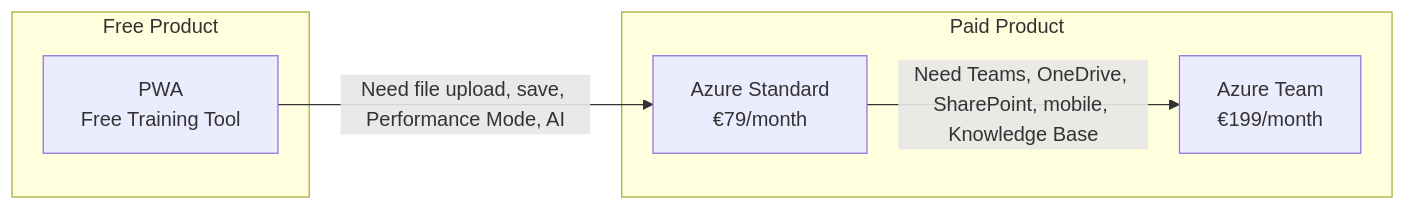
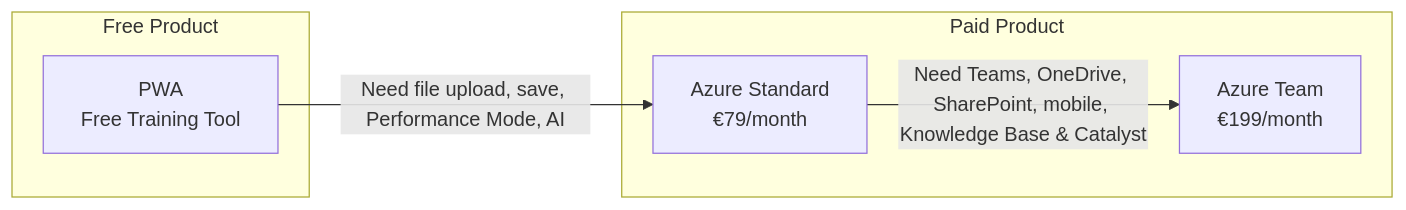
The diagram in docs/08-products/index.md (jukka-matti/variscout), drawn with Mermaid before and after one commit. The commit also changed other lines of this file and 32 other files, not shown here.

````diff
--- a/docs/08-products/index.md
+++ b/docs/08-products/index.md
@@ -17,14 +17,14 @@
 ```mermaid
 flowchart LR
     subgraph Paid["Paid Product"]
         A1[Azure Standard<br/>€79/month]
         A2[Azure Team<br/>€199/month]
     end
 
     subgraph Free["Free Product"]
         C[PWA<br/>Free Training Tool]
     end
 
     C -->|"Need file upload, save, Performance Mode, AI"| A1
-    A1 -->|"Need Teams, OneDrive, SharePoint, mobile, Knowledge Base"| A2
+    A1 -->|"Need Teams, OneDrive, SharePoint, mobile, Knowledge Base & Catalyst"| A2
 ```
````
